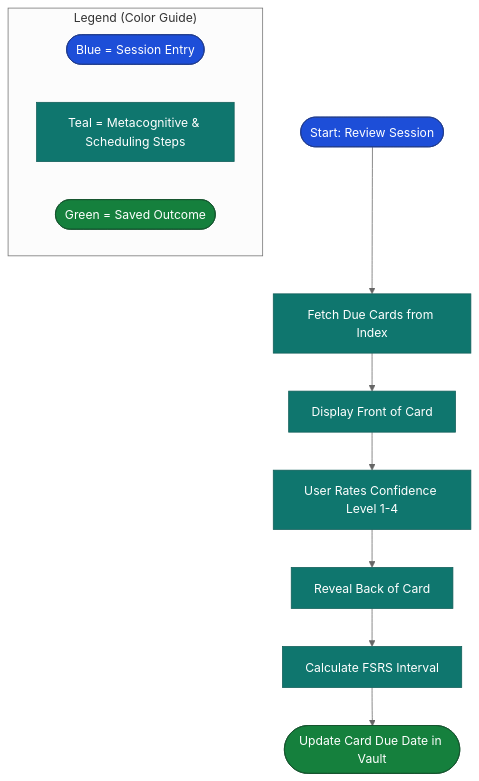
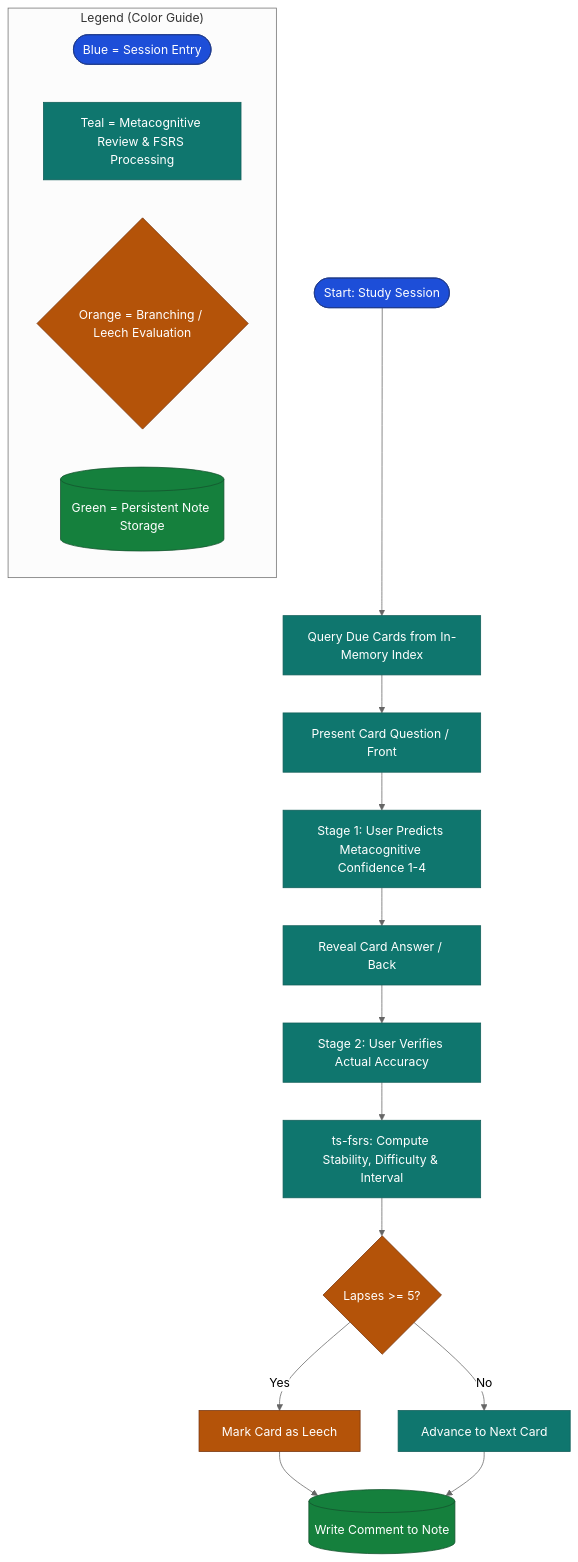
The first of 2 diagrams in docs/VISUAL_LOG.md (Mostakim2005/practice-engine), drawn with Mermaid (neutral theme) before and after one commit. The commit also changed other lines of this file and 3 other files, not shown here.

Commit message:
docs: sync architecture, visual logs, and traps for v3.0.0 merge

````diff
--- a/docs/VISUAL_LOG.md
+++ b/docs/VISUAL_LOG.md
@@ -9,20 +9,27 @@
 ```mermaid
 flowchart TD
     %% Color Definitions (Obsidian & GitHub compatible)
     classDef startNode fill:#1d4ed8,stroke:#1e3a8a,color:#ffffff
     classDef processNode fill:#0f766e,stroke:#115e59,color:#ffffff
+    classDef decisionNode fill:#b45309,stroke:#78350f,color:#ffffff
     classDef outputNode fill:#15803d,stroke:#14532d,color:#ffffff
 
-    Start([Start: Review Session]):::startNode --> Queue[Fetch Due Cards from Index]:::processNode
-    Queue --> Prompt[Display Front of Card]:::processNode
-    Prompt --> Meta[User Rates Confidence Level 1-4]:::processNode
-    Meta --> Reveal[Reveal Back of Card]:::processNode
-    Reveal --> Result[Calculate FSRS Interval]:::processNode
-    Result --> Store([Update Card Due Date in Vault]):::outputNode
+    Start([Start: Study Session]):::startNode --> Query[Query Due Cards from In-Memory Index]:::processNode
+    Query --> Front[Present Card Question / Front]:::processNode
+    Front --> Stage1[Stage 1: User Predicts Metacognitive Confidence 1-4]:::processNode
+    Stage1 --> Flip[Reveal Card Answer / Back]:::processNode
+    Flip --> Stage2[Stage 2: User Verifies Actual Accuracy]:::processNode
+    Stage2 --> FSRS[ts-fsrs: Compute Stability, Difficulty & Interval]:::processNode
+    FSRS --> LeechCheck{Lapses >= 5?}:::decisionNode
+    LeechCheck -->|Yes| FlagLeech[Mark Card as Leech]:::decisionNode
+    LeechCheck -->|No| NextCard[Advance to Next Card]:::processNode
+    FlagLeech --> Persist[(Write <!--pe-meta--> Comment to Note)]:::outputNode
+    NextCard --> Persist
 
     subgraph Legend["Legend (Color Guide)"]
         L1([Blue = Session Entry]):::startNode
-        L2[Teal = Metacognitive & Scheduling Steps]:::processNode
-        L3([Green = Saved Outcome]):::outputNode
+        L2[Teal = Metacognitive Review & FSRS Processing]:::processNode
+        L3{Orange = Branching / Leech Evaluation}:::decisionNode
+        L4[(Green = Persistent Note Storage)]:::outputNode
     end
 ```
````
